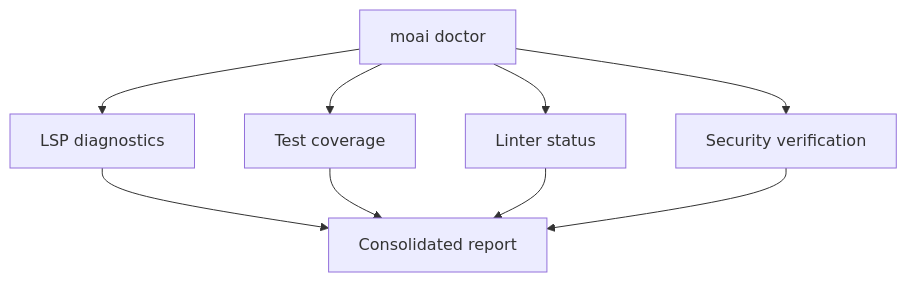
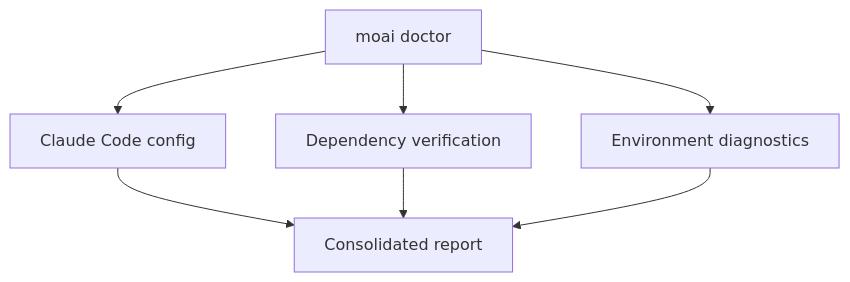
Before and after one commit to modu-ai/moai-adk: the ninth of 9 diagrams in docs-site/content/en/getting-started/quickstart.md, drawn with Mermaid. The commit also changed other lines of this file and 42 other files, not shown here.

````diff
--- a/docs-site/content/en/getting-started/quickstart.md
+++ b/docs-site/content/en/getting-started/quickstart.md
@@ -399,12 +400,10 @@
 ```mermaid
 graph TD
-    A["moai doctor"] --> B["LSP diagnostics"]
-    A --> C["Test coverage"]
-    A --> D["Linter status"]
-    A --> E["Security verification"]
+    A["moai doctor"] --> B["Claude Code config"]
+    A --> C["Dependency verification"]
+    A --> D["Environment diagnostics"]
 
     B --> F["Consolidated report"]
     C --> F
     D --> F
-    E --> F
 ```
````
